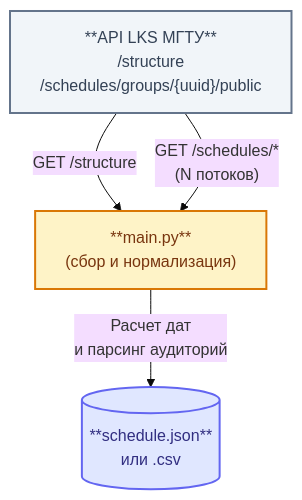
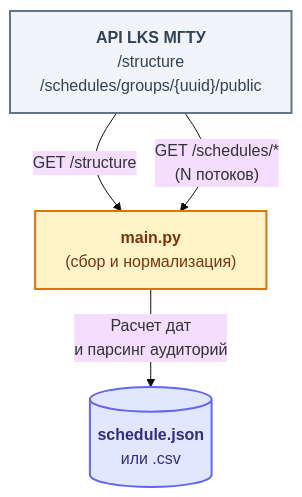
Before and after one commit to Digital-SGN/ScheduleParser: the diagram in README.md, drawn with Mermaid (base theme).

````diff
--- a/README.md
+++ b/README.md
@@ -101,18 +101,18 @@
 ```mermaid
 flowchart TD
-    LKS["**API LKS МГТУ**<br/>/structure<br/>/schedules/groups/{uuid}/public"]
-    Parser["**main.py**<br/>(сбор и нормализация)"]
-    File[("**schedule.json**<br/>или .csv")]
+    LKS["<b>API LKS МГТУ</b><br/>/structure<br/>/schedules/groups/{uuid}/public"]
+    Parser["<b>main.py</b><br/>(сбор и нормализация)"]
+    File[("<b>schedule.json</b><br/>или .csv")]
 
     LKS -->|"GET /structure"| Parser
     LKS -->|"GET /schedules/*<br/>(N потоков)"| Parser
     Parser -->|"Расчет дат<br/>и парсинг аудиторий"| File
 
     classDef api fill:#f1f5f9,stroke:#64748b,stroke-width:2px,color:#334155;
     classDef parser fill:#fef3c7,stroke:#d97706,stroke-width:2px,color:#78350f;
     classDef db fill:#e0e7ff,stroke:#6366f1,stroke-width:2px,color:#312e81;
 
     class LKS api;
     class Parser parser;
     class File db;
 ```
````
